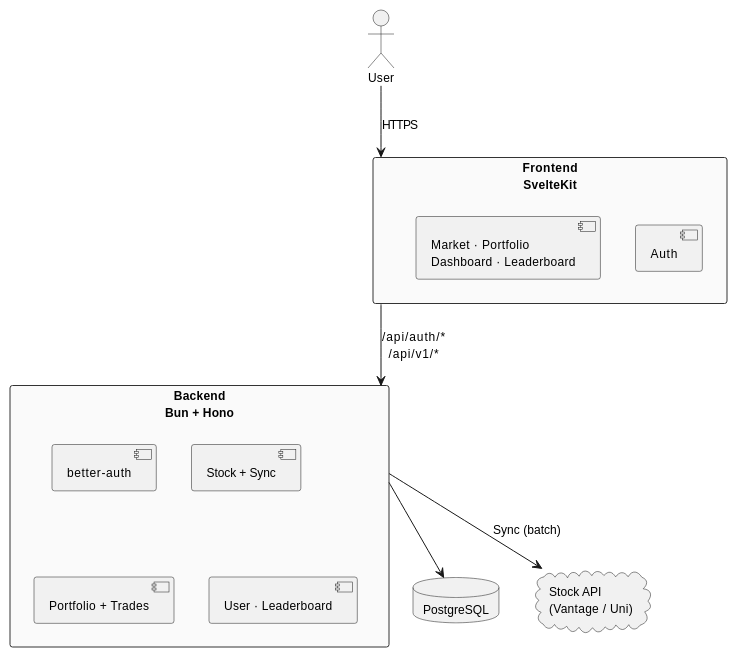
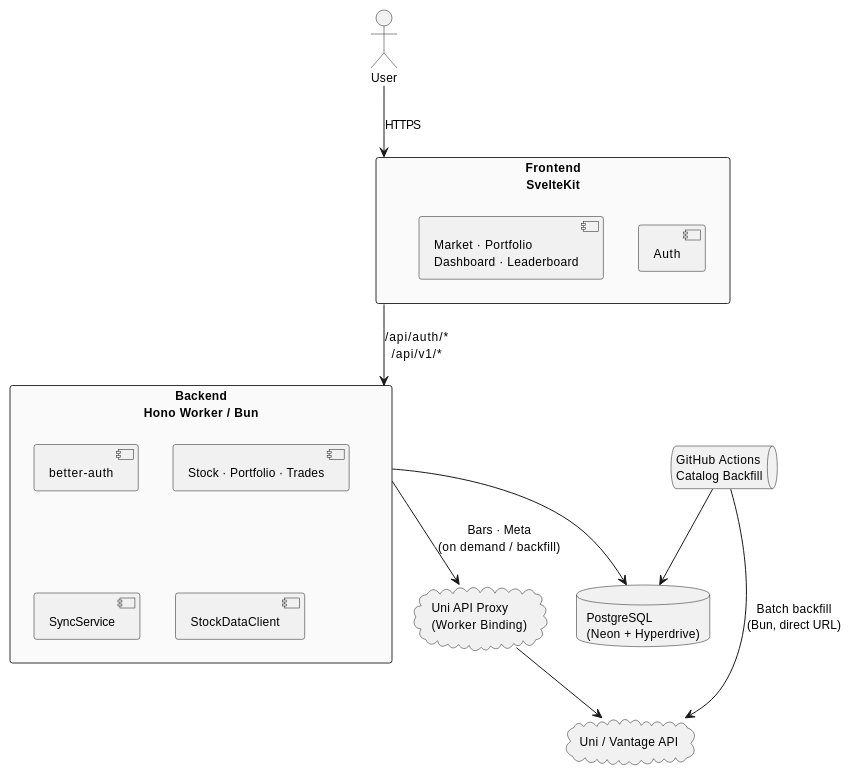
One commit to Scalerepublic/scalerepublic changed the diagram in docs/architecture.md. Above: the diagram before and after it, drawn with PlantUML. The commit also changed other lines of this file and 27 other files, not shown here.

````diff
--- a/docs/architecture.md
+++ b/docs/architecture.md
@@ -7,33 +7,38 @@
 ```plantuml
-@startuml ScaleRepublic_Soll
+@startuml ScaleRepublic
 skinparam shadowing false
 skinparam defaultFontSize 12
 skinparam rectangle {
   BackgroundColor #fafafa
   BorderColor #333
 }
 
 actor User
 
 rectangle "Frontend\nSvelteKit" as FE {
   [Auth]
   [Market · Portfolio\nDashboard · Leaderboard]
 }
 
-rectangle "Backend\nBun + Hono" as BE {
+rectangle "Backend\nHono Worker / Bun" as BE {
   [better-auth]
-  [Stock + Sync]
-  [Portfolio + Trades]
-  [User · Leaderboard]
+  [Stock · Portfolio · Trades]
+  [SyncService]
+  [StockDataClient]
 }
 
-database "PostgreSQL" as DB
-cloud "Stock API\n(Vantage / Uni)" as EXT
+database "PostgreSQL\n(Neon + Hyperdrive)" as DB
+cloud "Uni API Proxy\n(Worker Binding)" as PROXY
+cloud "Uni / Vantage API" as EXT
+queue "GitHub Actions\nCatalog Backfill" as GHA
 
 User --> FE : HTTPS
 FE --> BE : /api/auth/*\n/api/v1/*
 BE --> DB
-BE --> EXT : Sync (batch)
+BE --> PROXY : Bars · Meta\n(on demand / backfill)
+PROXY --> EXT
+GHA --> EXT : Batch backfill\n(Bun, direct URL)
+GHA --> DB
 
 @enduml
 ```
````
